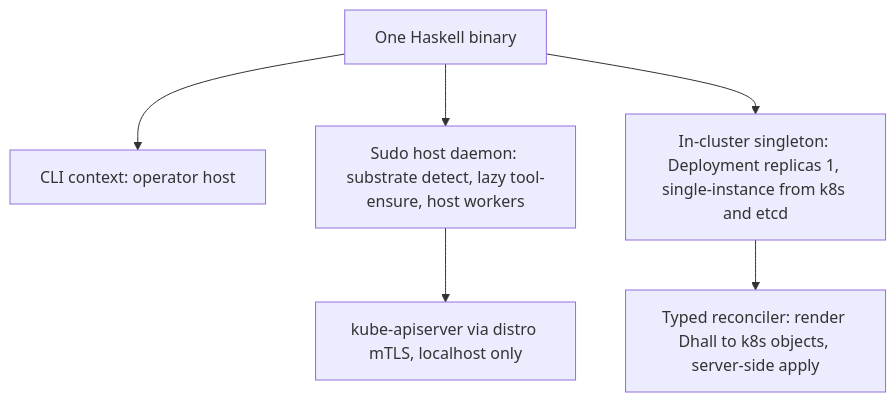
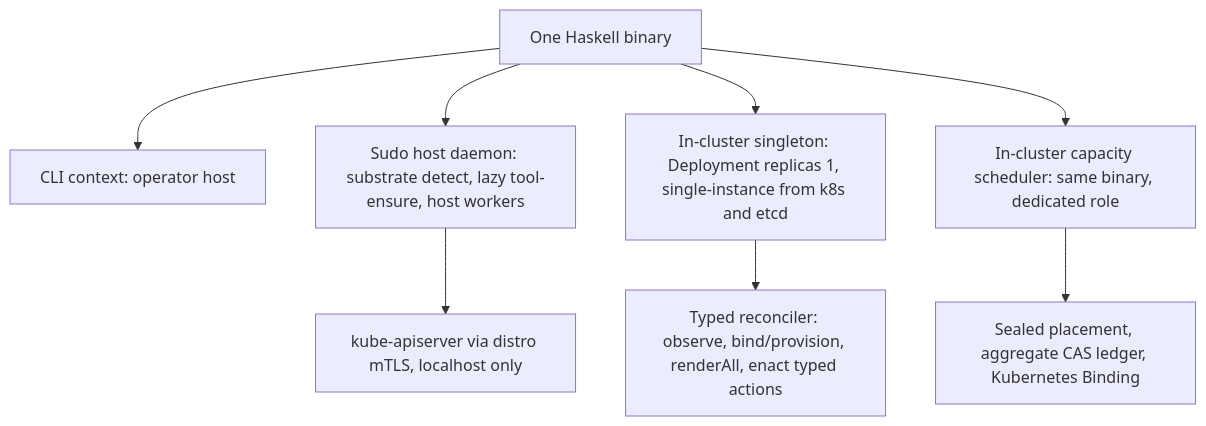
One commit to Tuee22/amoebius changed the diagram in DEVELOPMENT_PLAN/overview.md. Above: the diagram before and after it, drawn with Mermaid. The commit also changed other lines of this file and 87 other files, not shown here.

````diff
--- a/DEVELOPMENT_PLAN/overview.md
+++ b/DEVELOPMENT_PLAN/overview.md
@@ -44,8 +48,10 @@
 ```mermaid
 flowchart TD
   src[One Haskell binary] --> cli[CLI context: operator host]
   src --> host[Sudo host daemon: substrate detect, lazy tool-ensure, host workers]
   src --> pod[In-cluster singleton: Deployment replicas 1, single-instance from k8s and etcd]
+  src --> sched[In-cluster capacity scheduler: same binary, dedicated role]
   host --> kube[kube-apiserver via distro mTLS, localhost only]
-  pod --> recon[Typed reconciler: render Dhall to k8s objects, server-side apply]
+  pod --> recon[Typed reconciler: observe, bind/provision, renderAll, enact typed actions]
+  sched --> bind[Sealed placement, aggregate CAS ledger, Kubernetes Binding]
 ```
````
